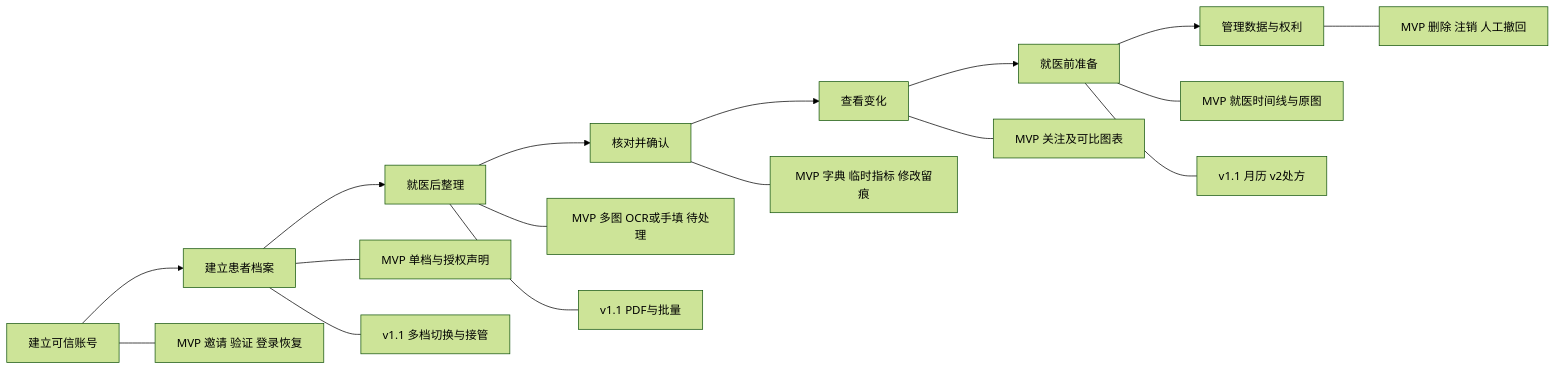
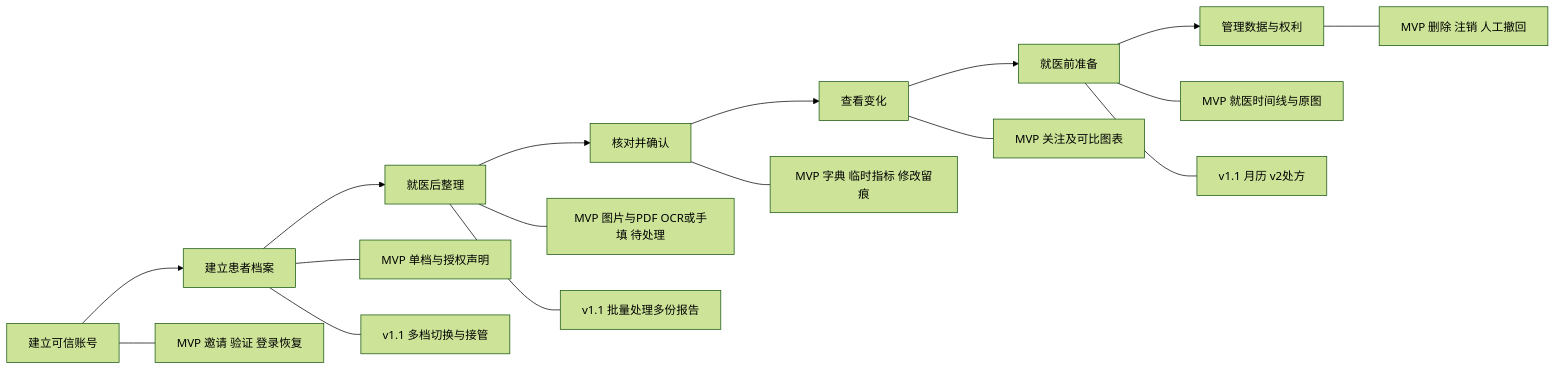
The diagram in docs/03-用户故事地图与清单.md (AstridIsRightHere/healthtrace), drawn with Mermaid (forest theme) before and after one commit. The commit also changed other lines of this file and 8 other files, not shown here.

````diff
--- a/docs/03-用户故事地图与清单.md
+++ b/docs/03-用户故事地图与清单.md
@@ -11,19 +11,19 @@
 ```mermaid
 flowchart LR
     A[建立可信账号] --> B[建立患者档案]
     B --> C[就医后整理]
     C --> D[核对并确认]
     D --> E[查看变化]
     E --> F[就医前准备]
     F --> G[管理数据与权利]
     A --- A1[MVP 邀请 验证 登录恢复]
     B --- B1[MVP 单档与授权声明]
-    C --- C1[MVP 多图 OCR或手填 待处理]
+    C --- C1[MVP 图片与PDF OCR或手填 待处理]
     D --- D1[MVP 字典 临时指标 修改留痕]
     E --- E1[MVP 关注及可比图表]
     F --- F1[MVP 就医时间线与原图]
     G --- G1[MVP 删除 注销 人工撤回]
     B --- B2[v1.1 多档切换与接管]
-    C --- C2[v1.1 PDF与批量]
+    C --- C2[v1.1 批量处理多份报告]
     F --- F2[v1.1 月历 v2处方]
 ```
````
